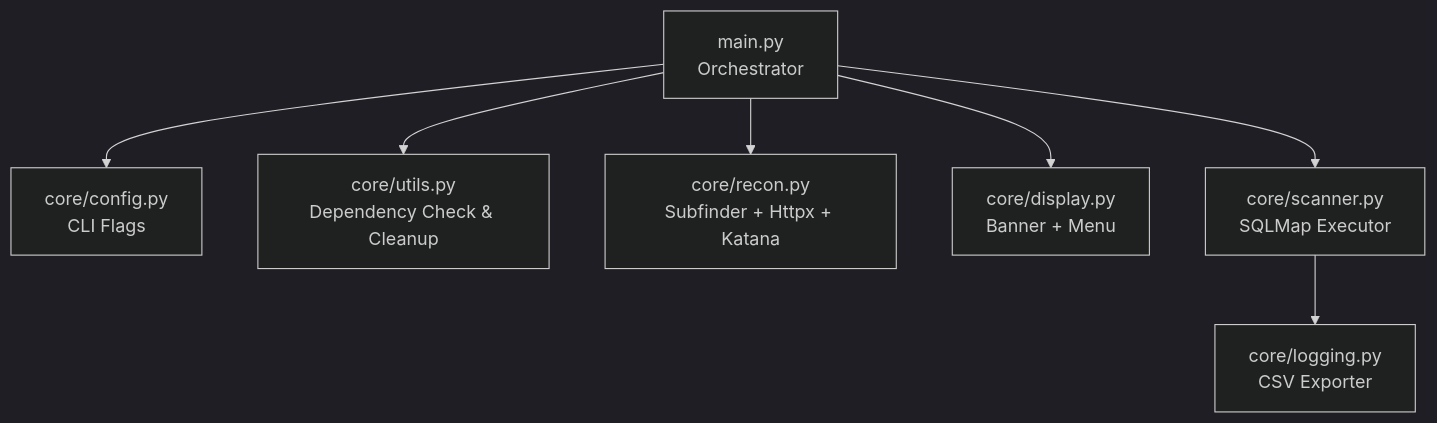
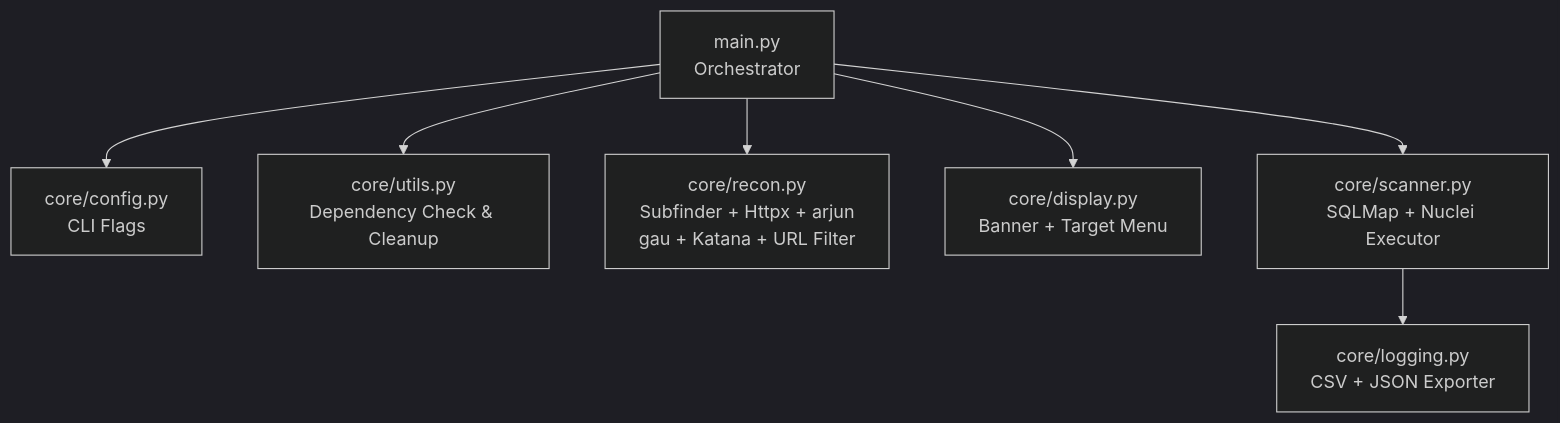
Before and after one commit to syed-sameer-ul-hassan/SQL-Easy: the second of 4 diagrams in CONTRIBUTING.md, drawn with Mermaid (dark theme). The commit also changed other lines of this file and 26 other files, not shown here.

````diff
--- a/CONTRIBUTING.md
+++ b/CONTRIBUTING.md
@@ -84,9 +84,9 @@
 ```mermaid
 flowchart TD
     A[main.py\nOrchestrator] --> B[core/config.py\nCLI Flags]
     A --> C[core/utils.py\nDependency Check & Cleanup]
-    A --> D[core/recon.py\nSubfinder + Httpx + Katana]
-    A --> E[core/display.py\nBanner + Menu]
-    A --> F[core/scanner.py\nSQLMap Executor]
-    F --> G[core/logging.py\nCSV Exporter]
+    A --> D[core/recon.py\nSubfinder + Httpx + arjun\ngau + Katana + URL Filter]
+    A --> E[core/display.py\nBanner + Target Menu]
+    A --> F[core/scanner.py\nSQLMap + Nuclei Executor]
+    F --> G[core/logging.py\nCSV + JSON Exporter]
 ```
````
